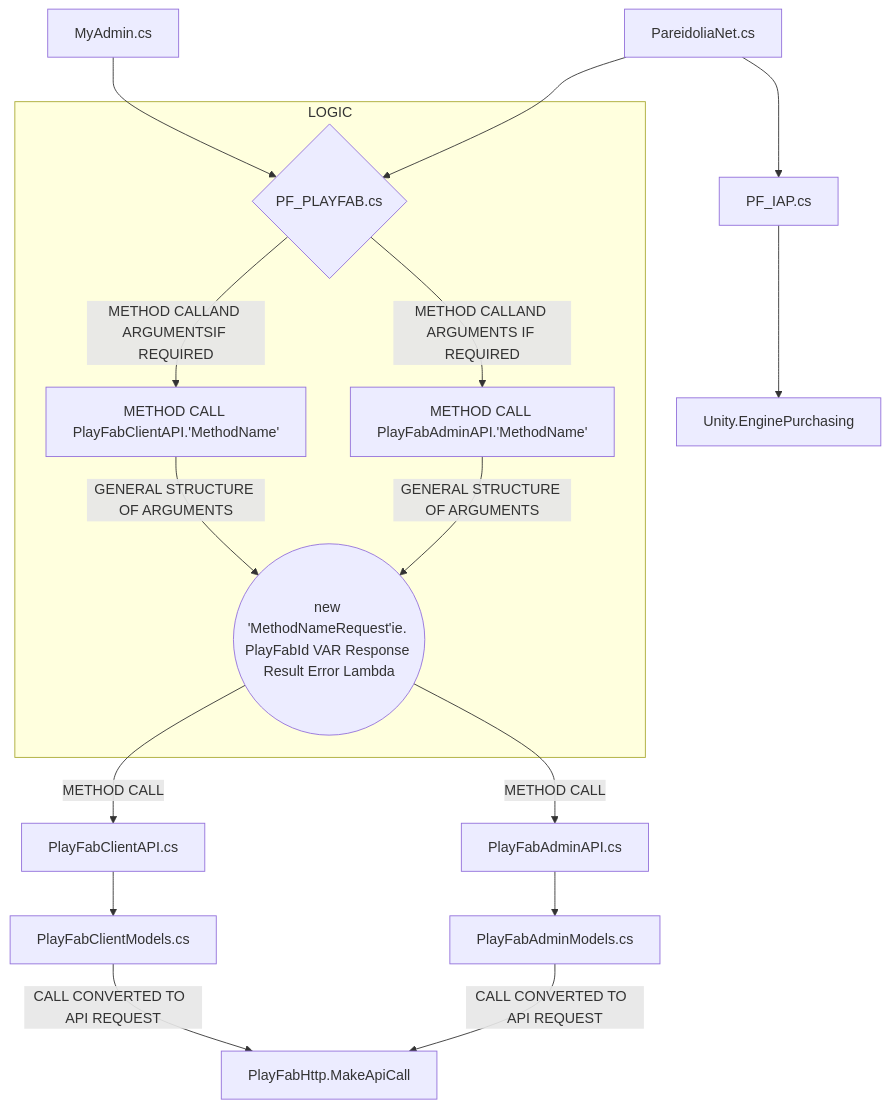
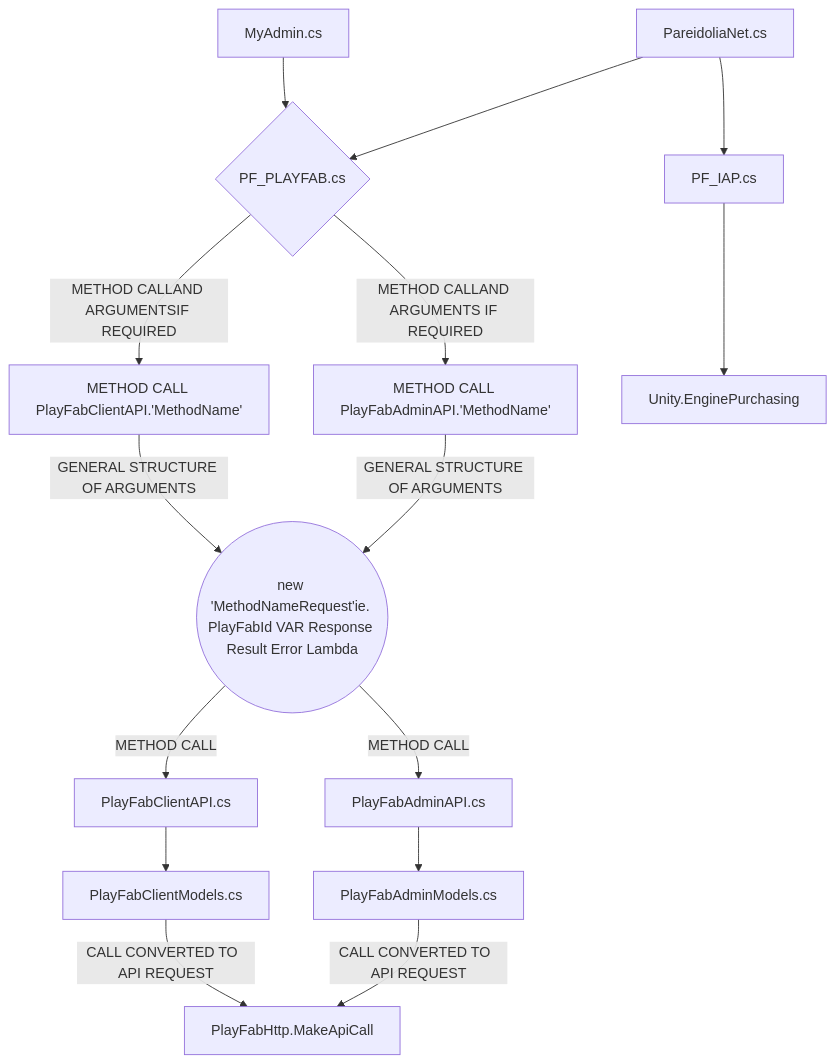
One commit to dconlrn/dconlrn.github.io changed the third of 3 diagrams in merm.md. Above: the diagram before and after it, drawn with Mermaid. The commit also changed other lines of this file, not shown here.

```diff
--- a/merm.md
+++ b/merm.md
@@ -38,22 +35,20 @@
 <div class="mermaid"> 
 
 
 flowchart TD;
     A[PareidoliaNet.cs]-->B{PF_PLAYFAB.cs};
     A-->C[PF_IAP.cs];
     D[MyAdmin.cs]-->B;
-    subgraph O[LOGIC];
     B-->|METHOD CALLAND ARGUMENTS IF REQUIRED|J[METHOD CALL PlayFabAdminAPI.'MethodName'];
     J-->|GENERAL STRUCTURE OF ARGUMENTS|L((new 'MethodNameRequest'ie. PlayFabId VAR Response Result Error Lambda));
     B-->|METHOD CALLAND ARGUMENTSIF REQUIRED|K[METHOD CALL PlayFabClientAPI.'MethodName'];
     K-->|GENERAL STRUCTURE OF ARGUMENTS|L;
-    end;
     L-->|METHOD CALL|E[PlayFabAdminAPI.cs];
     L-->|METHOD CALL|F[PlayFabClientAPI.cs];
     E[PlayFabAdminAPI.cs]-->G[PlayFabAdminModels.cs];
     F[PlayFabClientAPI.cs]-->H[PlayFabClientModels.cs];
     G-->|CALL CONVERTED TO  API REQUEST|g[PlayFabHttp.MakeApiCall];
     H-->|CALL CONVERTED TO  API REQUEST|g;
     C[PF_IAP.cs]-->I[Unity.EnginePurchasing];
 
 </div> 
```
